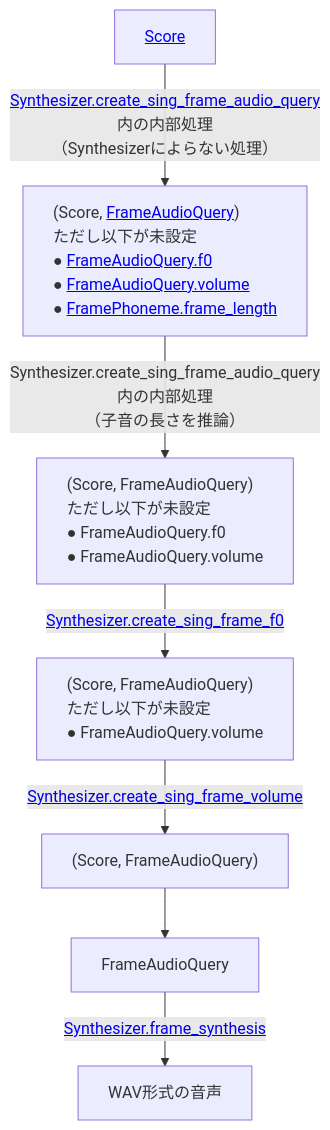
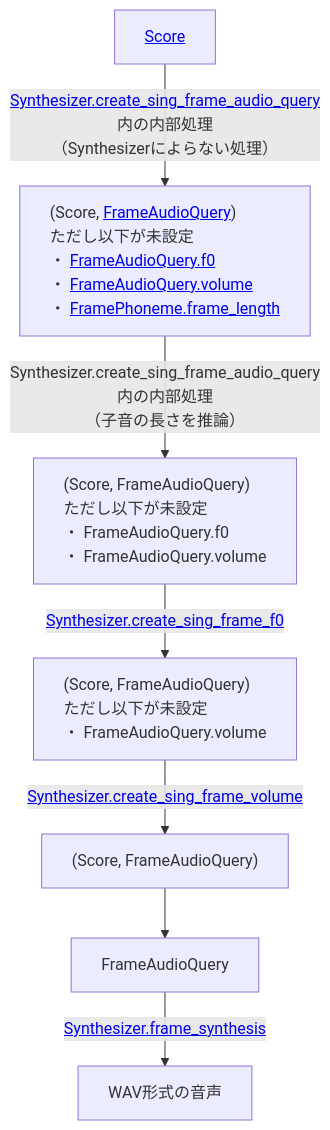
One commit to VOICEVOX/voicevox_core changed the second of 2 diagrams in docs/guide/user/song.md. Above: the diagram before and after it, drawn with Mermaid. The commit also changed other lines of this file, not shown here.

Commit message:
一部の文体を変える

````diff
--- a/docs/guide/user/song.md
+++ b/docs/guide/user/song.md
@@ -116,34 +114,33 @@
 ```mermaid
 %%{init: {"flowchart": {"wrappingWidth": 1000}}}%%
 flowchart TD;
   score[<a href="https://voicevox.github.io/voicevox_core/apis/python_api/autoapi/voicevox_core/index.html#voicevox_core.Score">Score</a>]
     -->|<a href="https://voicevox.github.io/voicevox_core/apis/python_api/autoapi/voicevox_core/blocking/index.html#voicevox_core.blocking.Synthesizer.create_sing_frame_audio_query">Synthesizer.create_sing_frame_audio_query</a>内の内部処理<br>（Synthesizerによらない処理）| phase1[
       #40;Score, <a href="https://voicevox.github.io/voicevox_core/apis/python_api/autoapi/voicevox_core/index.html#voicevox_core.FrameAudioQuery">FrameAudioQuery</a>#41;
       ただし以下が未設定
-      ● <a href="https://voicevox.github.io/voicevox_core/apis/python_api/autoapi/voicevox_core/index.html#voicevox_core.FrameAudioQuery.f0">FrameAudioQuery.f0</a>
-      ● <a href="https://voicevox.github.io/voicevox_core/apis/python_api/autoapi/voicevox_core/index.html#voicevox_core.FrameAudioQuery.volume">FrameAudioQuery.volume</a>
-      ● <a href="https://voicevox.github.io/voicevox_core/apis/python_api/autoapi/voicevox_core/index.html#voicevox_core.FramePhoneme.frame_length">FramePhoneme.frame_length</a>
+      ・ <a href="https://voicevox.github.io/voicevox_core/apis/python_api/autoapi/voicevox_core/index.html#voicevox_core.FrameAudioQuery.f0">FrameAudioQuery.f0</a>
+      ・ <a href="https://voicevox.github.io/voicevox_core/apis/python_api/autoapi/voicevox_core/index.html#voicevox_core.FrameAudioQuery.volume">FrameAudioQuery.volume</a>
+      ・ <a href="https://voicevox.github.io/voicevox_core/apis/python_api/autoapi/voicevox_core/index.html#voicevox_core.FramePhoneme.frame_length">FramePhoneme.frame_length</a>
     ]
     -->|Synthesizer.create_sing_frame_audio_query内の内部処理<br>（子音の長さを推論）| phase2[
       #40;Score, FrameAudioQuery#41;
       ただし以下が未設定
-      ● FrameAudioQuery.f0
-      ● FrameAudioQuery.volume
+      ・ FrameAudioQuery.f0
+      ・ FrameAudioQuery.volume
     ]
     -->|<a href="https://voicevox.github.io/voicevox_core/apis/python_api/autoapi/voicevox_core/blocking/index.html#voicevox_core.blocking.Synthesizer.create_sing_frame_f0">Synthesizer.create_sing_frame_f0</a>| phase3[
       #40;Score, FrameAudioQuery#41;
       ただし以下が未設定
-      ● FrameAudioQuery.volume
+      ・ FrameAudioQuery.volume
     ]
     -->|<a href="https://voicevox.github.io/voicevox_core/apis/python_api/autoapi/voicevox_core/blocking/index.html#voicevox_core.blocking.Synthesizer.create_sing_frame_volume">Synthesizer.create_sing_frame_volume</a>| phase4[
       #40;Score, FrameAudioQuery#41;
     ]
     --> phase5[
       FrameAudioQuery
     ]
     -->|<a href="https://voicevox.github.io/voicevox_core/apis/python_api/autoapi/voicevox_core/blocking/index.html#voicevox_core.blocking.Synthesizer.frame_synthesis">Synthesizer.frame_synthesis</a>| WAV形式の音声
   style phase1 text-align: left
   style phase2 text-align: left
   style phase3 text-align: left
-  style phase4 text-align: left
 ```
````
